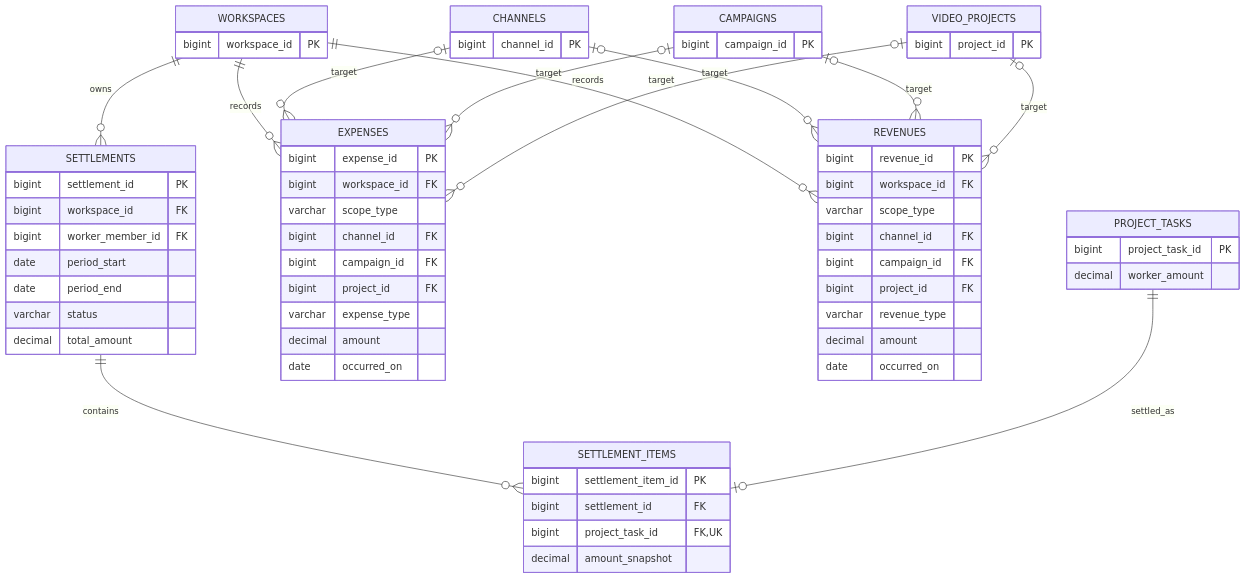
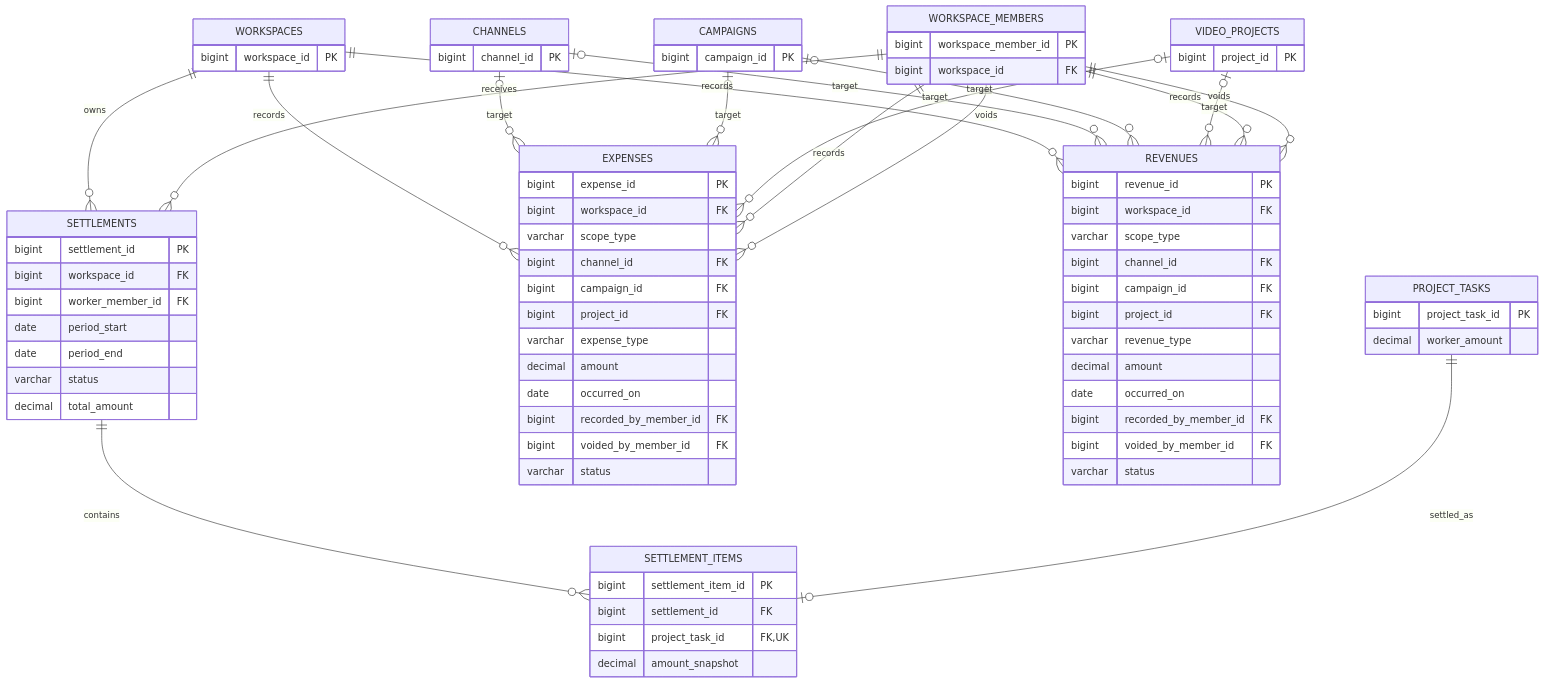
The fifth of 6 diagrams in docs/design/데이터베이스 설계 및 ERD.md (heebaek200/yms-project), drawn with Mermaid before and after one commit. The commit also changed other lines of this file, not shown here.

````diff
--- a/docs/design/데이터베이스 설계 및 ERD.md
+++ b/docs/design/데이터베이스 설계 및 ERD.md
@@ -936,6 +992,11 @@
 erDiagram
     WORKSPACES {
         bigint workspace_id PK
+    }
+
+    WORKSPACE_MEMBERS {
+        bigint workspace_member_id PK
+        bigint workspace_id FK
     }
 
     CHANNELS {
@@ -965,6 +1026,9 @@
         varchar expense_type
         decimal amount
         date occurred_on
+        bigint recorded_by_member_id FK
+        bigint voided_by_member_id FK
+        varchar status
     }
 
     REVENUES {
@@ -977,6 +1041,9 @@
         varchar revenue_type
         decimal amount
         date occurred_on
+        bigint recorded_by_member_id FK
+        bigint voided_by_member_id FK
+        varchar status
     }
 
     SETTLEMENTS {
@@ -1004,7 +1071,12 @@
     CHANNELS o|--o{ REVENUES : target
     CAMPAIGNS o|--o{ REVENUES : target
     VIDEO_PROJECTS o|--o{ REVENUES : target
+    WORKSPACE_MEMBERS ||--o{ EXPENSES : records
+    WORKSPACE_MEMBERS ||--o{ EXPENSES : voids
+    WORKSPACE_MEMBERS ||--o{ REVENUES : records
+    WORKSPACE_MEMBERS ||--o{ REVENUES : voids
     WORKSPACES ||--o{ SETTLEMENTS : owns
+    WORKSPACE_MEMBERS ||--o{ SETTLEMENTS : receives
     SETTLEMENTS ||--o{ SETTLEMENT_ITEMS : contains
     PROJECT_TASKS ||--o| SETTLEMENT_ITEMS : settled_as
 ```
````
